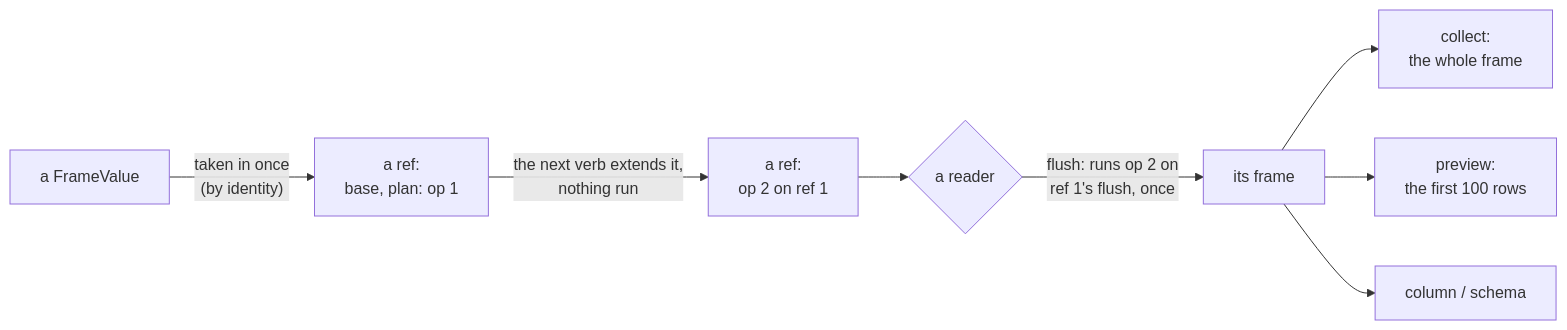
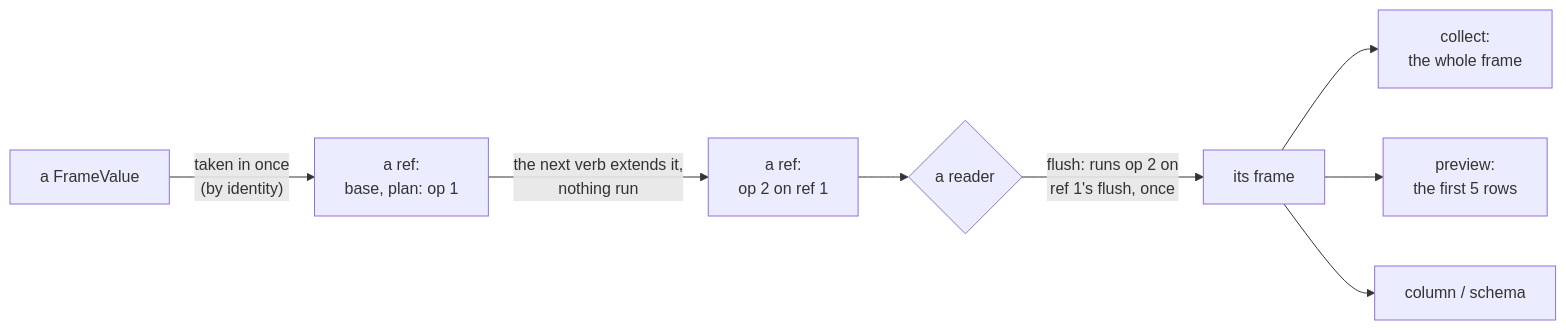
The third of 4 diagrams in tree/specs/computation/frame-verbs.md (bubba8587/solenoid), drawn with Mermaid before and after one commit. The commit also changed other lines of this file and 30 other files, not shown here.

First line of the commit message:
A verb card's preview is its first 5 rows, what its box draws

````diff
--- a/tree/specs/computation/frame-verbs.md
+++ b/tree/specs/computation/frame-verbs.md
@@ -193,10 +193,10 @@
 ```mermaid
 flowchart LR
     src["a FrameValue"] -->|"taken in once<br>(by identity)"| r1["a ref:<br>base, plan: op 1"]
     r1 -->|"the next verb extends it,<br>nothing run"| r2["a ref:<br>op 2 on ref 1"]
     r2 --> mb{"a reader"}
     mb -->|"flush: runs op 2 on<br>ref 1's flush, once"| f["its frame"]
     f --> full["collect:<br>the whole frame"]
-    f --> prev["preview:<br>the first 100 rows"]
+    f --> prev["preview:<br>the first 5 rows"]
     f --> one["column / schema"]
 ```
````
